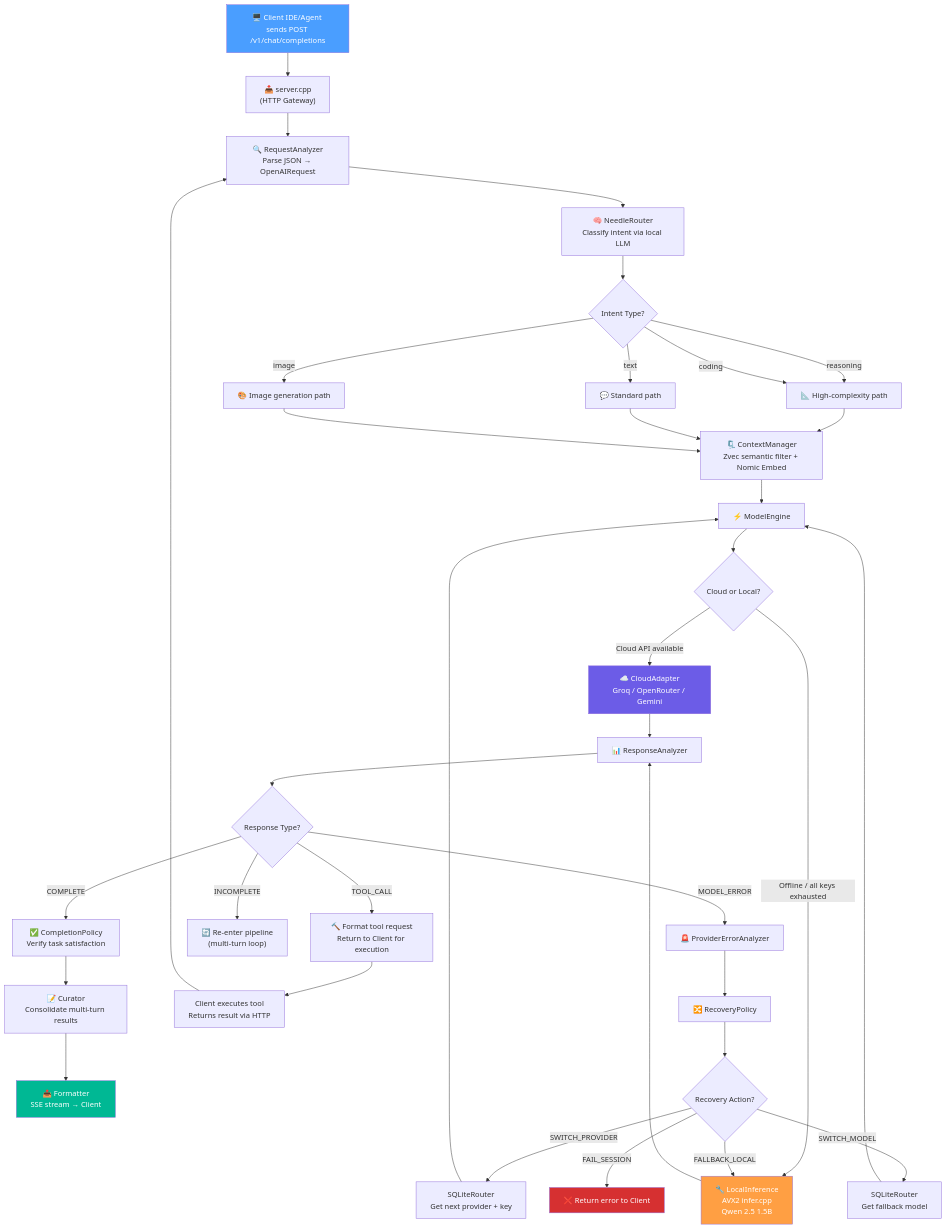
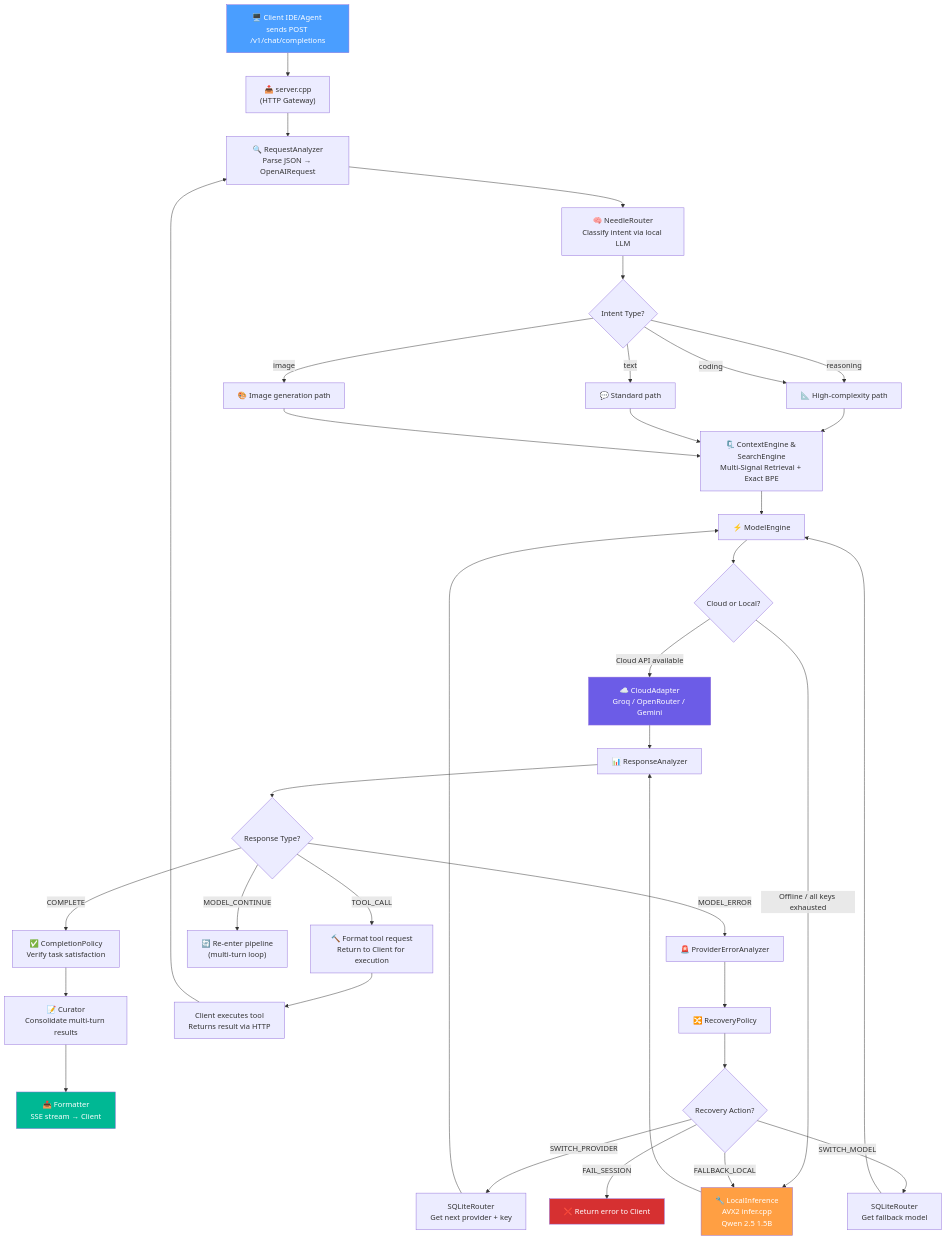
One commit to ahtesham-clcbws/DenseLite changed the first of 4 diagrams in README.md. Above: the diagram before and after it, drawn with Mermaid. The commit also changed other lines of this file and 16 other files, not shown here.

````diff
--- a/README.md
+++ b/README.md
@@ -65,55 +70,55 @@
 ```mermaid
 flowchart TD
     A["🖥️ Client IDE/Agent sends POST /v1/chat/completions"] --> B["📥 server.cpp<br/>(HTTP Gateway)"]
     B --> C["🔍 RequestAnalyzer<br/>Parse JSON → OpenAIRequest"]
     C --> D["🧠 NeedleRouter<br/>Classify intent via local LLM"]
     D --> E{"Intent Type?"}
 
     E -->|"reasoning"| F["📐 High-complexity path"]
     E -->|"coding"| F
     E -->|"text"| G["💬 Standard path"]
     E -->|"image"| H["🎨 Image generation path"]
 
-    F --> I["🗜️ ContextManager<br/>Zvec semantic filter + Nomic Embed"]
+    F --> I["🗜️ ContextEngine & SearchEngine<br/>Multi-Signal Retrieval + Exact BPE"]
     G --> I
     H --> I
 
     I --> J["⚡ ModelEngine"]
     J --> K{"Cloud or Local?"}
 
     K -->|"Cloud API available"| L["☁️ CloudAdapter<br/>Groq / OpenRouter / Gemini"]
     K -->|"Offline / all keys exhausted"| M["🔧 LocalInference<br/>AVX2 infer.cpp<br/>Qwen 2.5 1.5B"]
 
     L --> N["📊 ResponseAnalyzer"]
     M --> N
 
     N --> O{"Response Type?"}
 
     O -->|"COMPLETE"| P["✅ CompletionPolicy<br/>Verify task satisfaction"]
     O -->|"TOOL_CALL"| Q["🔨 Format tool request<br/>Return to Client for execution"]
-    O -->|"INCOMPLETE"| R["🔄 Re-enter pipeline<br/>(multi-turn loop)"]
+    O -->|"MODEL_CONTINUE"| R["🔄 Re-enter pipeline<br/>(multi-turn loop)"]
     O -->|"MODEL_ERROR"| S["🚨 ProviderErrorAnalyzer"]
 
     P --> T["📝 Curator<br/>Consolidate multi-turn results"]
     T --> U["📤 Formatter<br/>SSE stream → Client"]
 
     Q --> V["Client executes tool<br/>Returns result via HTTP"]
     V --> C
 
     S --> W["🔀 RecoveryPolicy"]
     W --> X{"Recovery Action?"}
 
     X -->|"SWITCH_PROVIDER"| Y["SQLiteRouter<br/>Get next provider + key"]
     X -->|"SWITCH_MODEL"| Z["SQLiteRouter<br/>Get fallback model"]
     X -->|"FALLBACK_LOCAL"| M
     X -->|"FAIL_SESSION"| AA["❌ Return error to Client"]
 
     Y --> J
     Z --> J
 
     style A fill:#4a9eff,color:#fff
     style M fill:#ff9f43,color:#fff
     style L fill:#6c5ce7,color:#fff
     style U fill:#00b894,color:#fff
     style AA fill:#d63031,color:#fff
 ```
````
